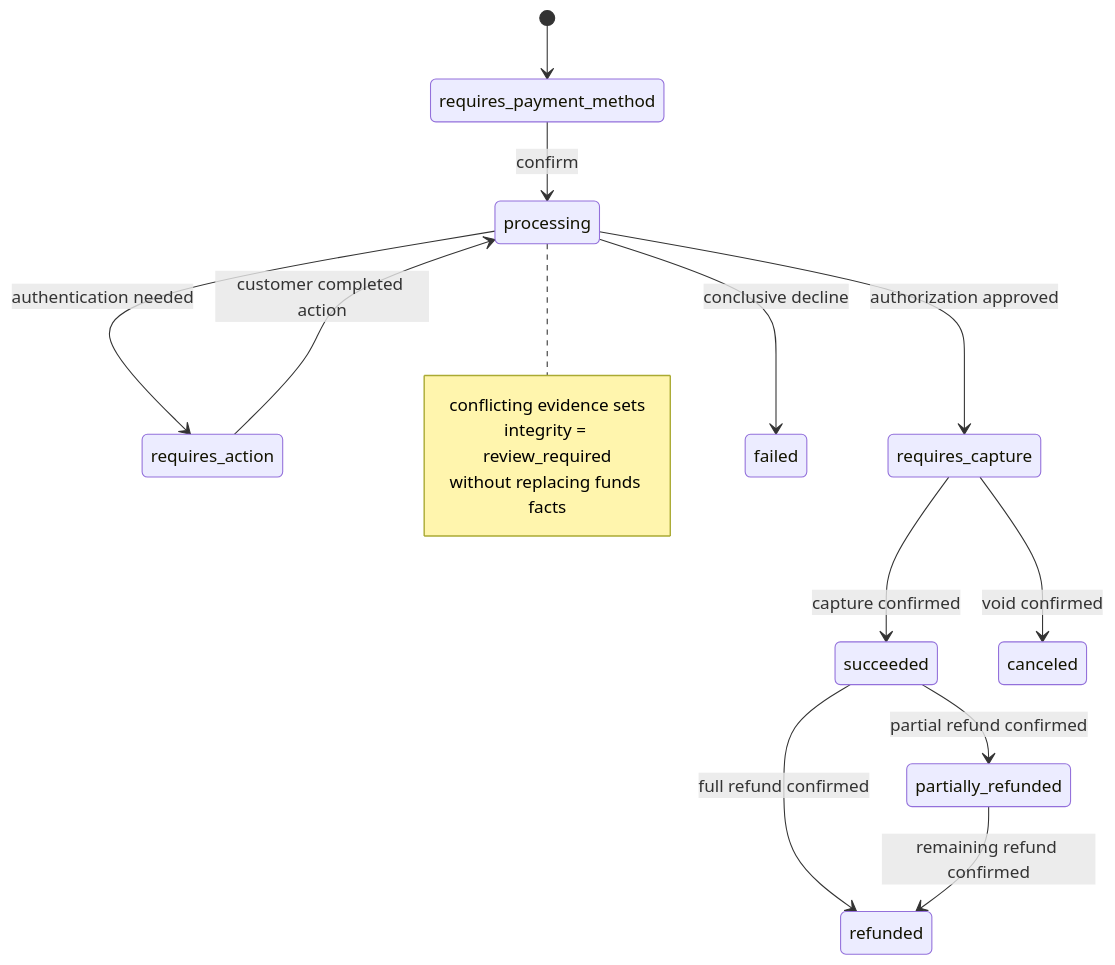
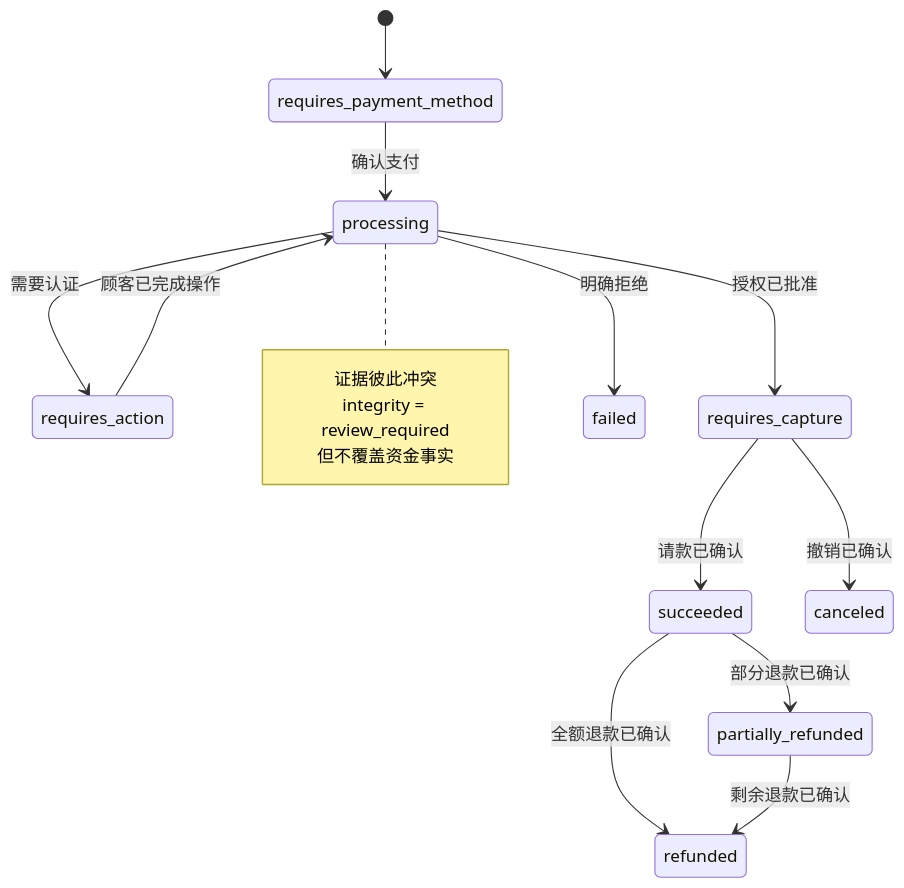
The fourth of 4 diagrams in part-1-foundations/payment-lifecycle.md (YouEclipse/Designing-Modern-Payment-Systems), drawn with Mermaid before and after one commit. The commit also changed other lines of this file and 59 other files, not shown here.

````diff
--- a/part-1-foundations/payment-lifecycle.md
+++ b/part-1-foundations/payment-lifecycle.md
@@ -336,19 +336,19 @@
 ```mermaid
 stateDiagram-v2
     [*] --> requires_payment_method
-    requires_payment_method --> processing: confirm
-    processing --> requires_action: authentication needed
-    requires_action --> processing: customer completed action
-    processing --> requires_capture: authorization approved
-    requires_capture --> succeeded: capture confirmed
-    processing --> failed: conclusive decline
+    requires_payment_method --> processing: 确认支付
+    processing --> requires_action: 需要认证
+    requires_action --> processing: 顾客已完成操作
+    processing --> requires_capture: 授权已批准
+    requires_capture --> succeeded: 请款已确认
+    processing --> failed: 明确拒绝
     note right of processing
-        conflicting evidence sets
+        证据彼此冲突
         integrity = review_required
-        without replacing funds facts
+        但不覆盖资金事实
     end note
-    requires_capture --> canceled: void confirmed
-    succeeded --> partially_refunded: partial refund confirmed
-    succeeded --> refunded: full refund confirmed
-    partially_refunded --> refunded: remaining refund confirmed
+    requires_capture --> canceled: 撤销已确认
+    succeeded --> partially_refunded: 部分退款已确认
+    succeeded --> refunded: 全额退款已确认
+    partially_refunded --> refunded: 剩余退款已确认
 ```
````
